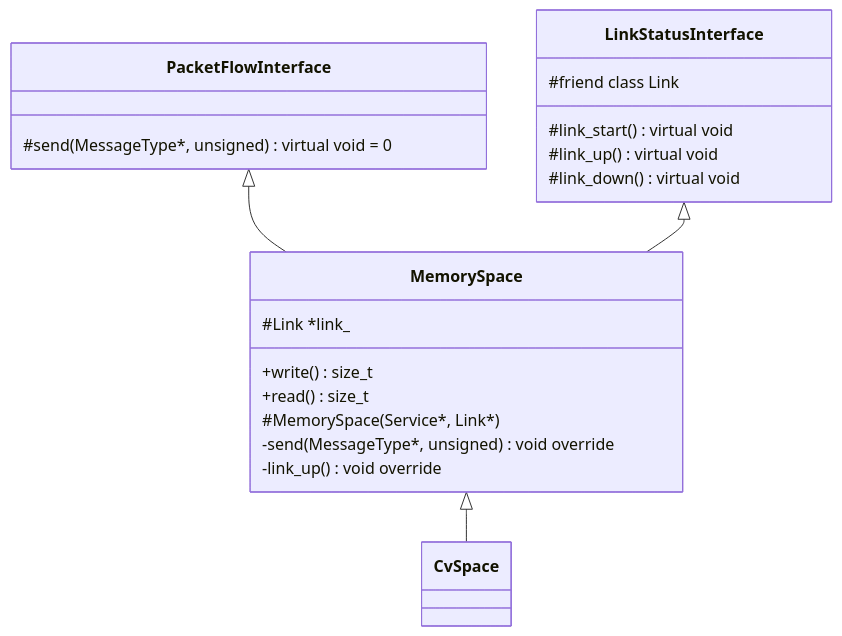
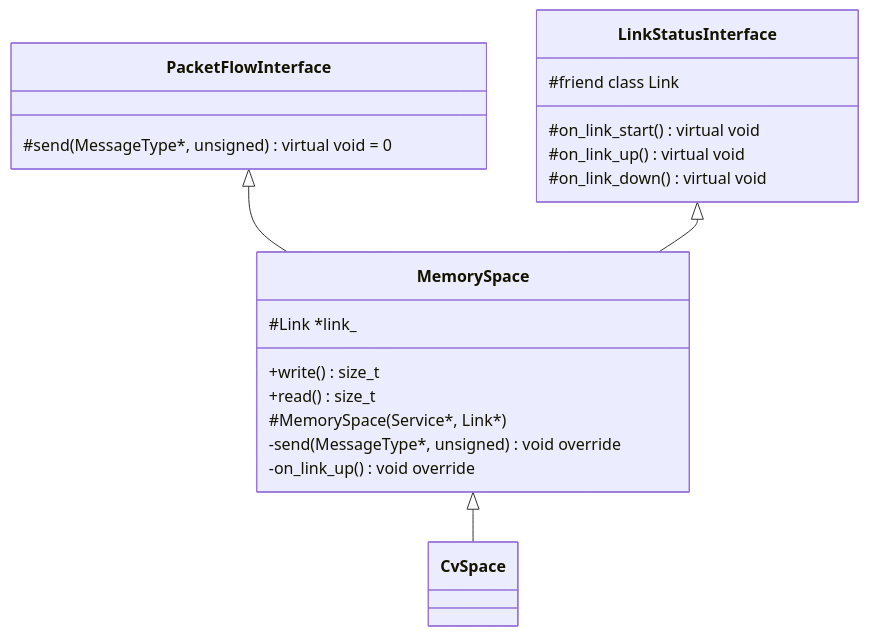
Before and after one commit to bakerstu/openmrn: the sixth of 7 diagrams in src/traction_modem/README.md, drawn with Mermaid. The commit also changed other lines of this file, not shown here.

Commit message:
Fix link documentation.

````diff
--- a/src/traction_modem/README.md
+++ b/src/traction_modem/README.md
@@ -180,18 +180,18 @@
 ```mermaid
 classDiagram
     PacketFlowInterface <|-- MemorySpace
     LinkStatusInterface <|-- MemorySpace
     MemorySpace         <|-- CvSpace
 
     LinkStatusInterface : #friend class Link
-    LinkStatusInterface : #link_start() virtual void
-    LinkStatusInterface : #link_up() virtual void
-    LinkStatusInterface : #link_down() virtual void
+    LinkStatusInterface : #on_link_start() virtual void
+    LinkStatusInterface : #on_link_up() virtual void
+    LinkStatusInterface : #on_link_down() virtual void
     PacketFlowInterface : #send(MessageType*, unsigned) virtual void = 0
     MemorySpace         : #Link *link_
     MemorySpace         : +write() size_t
     MemorySpace         : +read() size_t
     MemorySpace         : #MemorySpace(Service*, Link*)
     MemorySpace         : -send(MessageType*, unsigned) void override
-    MemorySpace         : -link_up() void override
+    MemorySpace         : -on_link_up() void override
 ```
````
